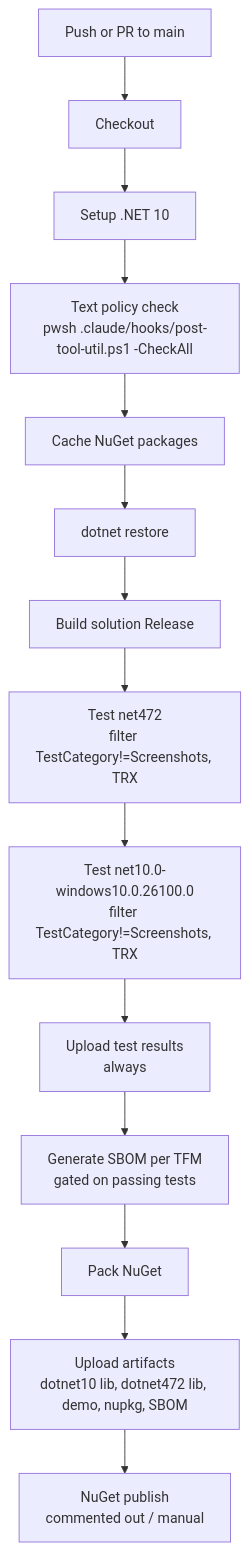
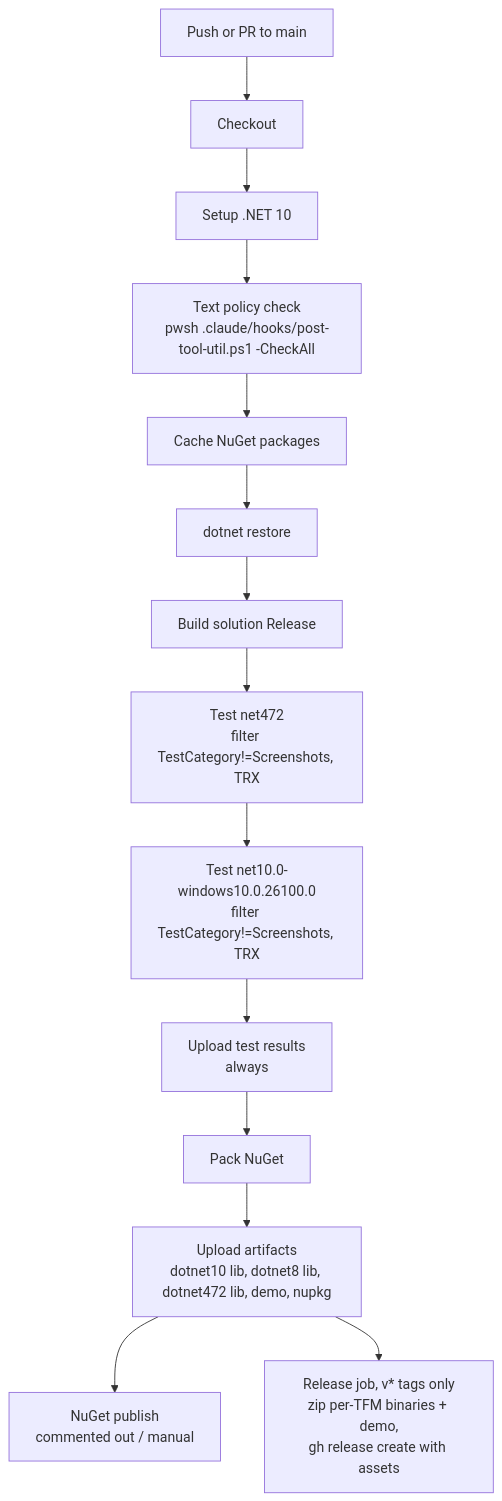
The diagram in AGENTS.md (PSAppDeployToolkit/PSAppDeployToolkit), drawn with Mermaid before and after one commit. The commit also changed other lines of this file and 85 other files, not shown here.

````diff
--- a/AGENTS.md
+++ b/AGENTS.md
@@ -299,16 +299,16 @@
 ```mermaid
 flowchart TD
     A[Push or PR to main] --> B[Checkout]
     B --> C[Setup .NET 10]
     C --> G[Text policy check<br/>pwsh .claude/hooks/post-tool-util.ps1 -CheckAll]
     G --> D[Cache NuGet packages]
     D --> E[dotnet restore]
     E --> H[Build solution Release]
     H --> I[Test net472<br/>filter TestCategory!=Screenshots, TRX]
     I --> J[Test net10.0-windows10.0.26100.0<br/>filter TestCategory!=Screenshots, TRX]
     J --> K[Upload test results<br/>always]
-    K --> S[Generate SBOM per TFM<br/>gated on passing tests]
-    S --> L[Pack NuGet]
-    L --> M[Upload artifacts<br/>dotnet10 lib, dotnet472 lib, demo, nupkg, SBOM]
+    K --> L[Pack NuGet]
+    L --> M[Upload artifacts<br/>dotnet10 lib, dotnet8 lib, dotnet472 lib, demo, nupkg]
     M --> N[NuGet publish<br/>commented out / manual]
+    M --> R[Release job, v* tags only<br/>zip per-TFM binaries + demo,<br/>gh release create with assets]
 ```
````
